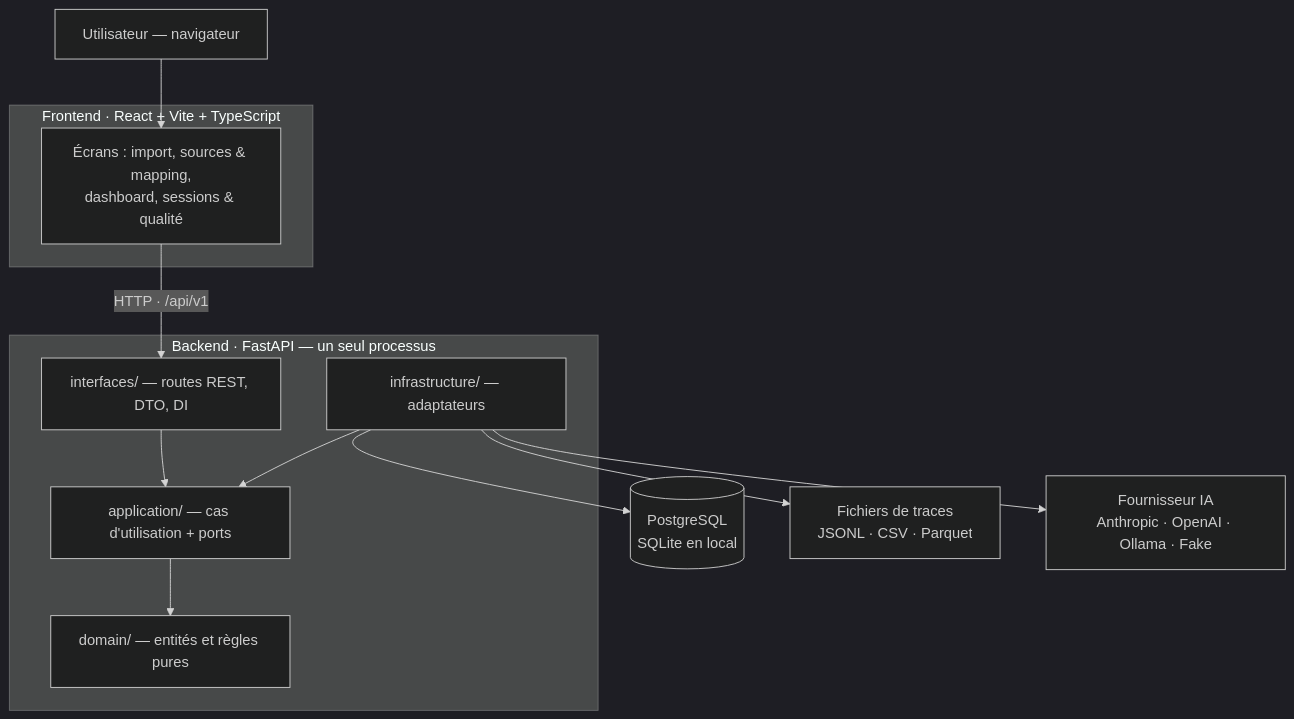
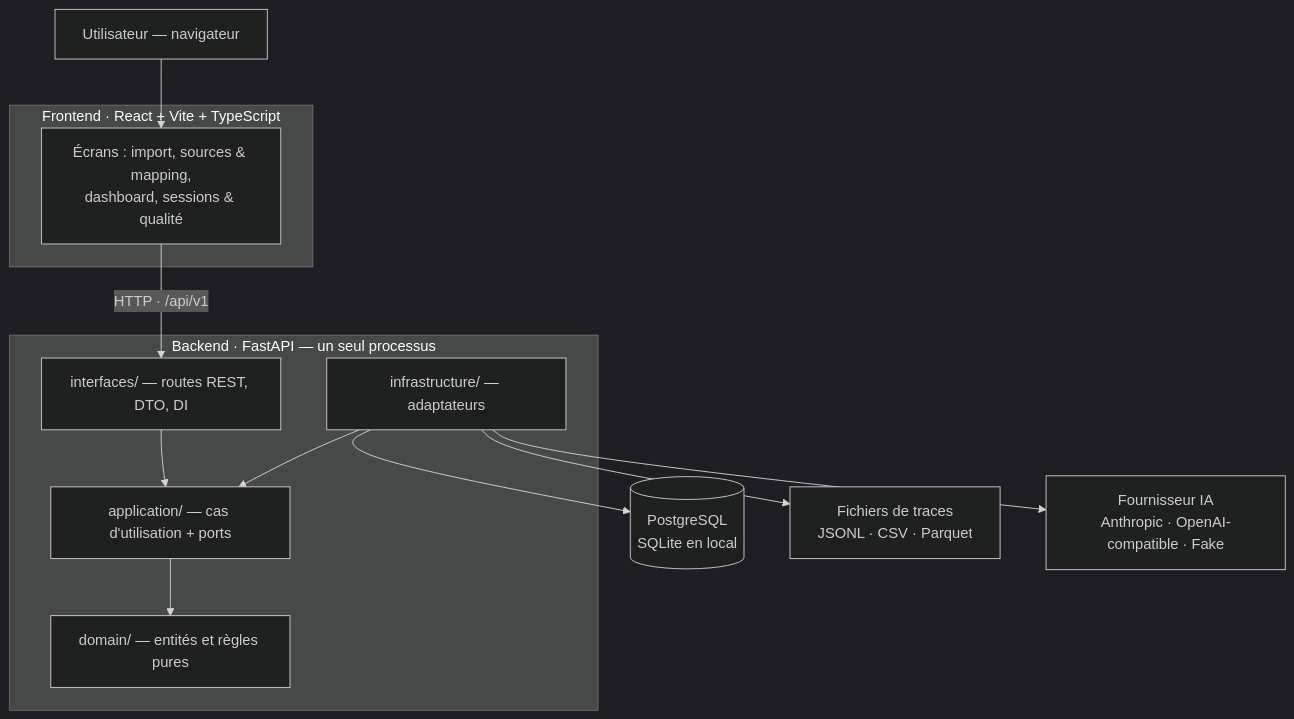
One commit to KJovene/AgentScope changed the first of 3 diagrams in docs/architecture/components.md. Above: the diagram before and after it, drawn with Mermaid (dark theme). The commit also changed other lines of this file and 20 other files, not shown here.

````diff
--- a/docs/architecture/components.md
+++ b/docs/architecture/components.md
@@ -16,28 +16,28 @@
 ```mermaid
 flowchart TB
     user["Utilisateur — navigateur"]
 
     subgraph front["Frontend · React + Vite + TypeScript"]
         ui["Écrans : import, sources & mapping,<br/>dashboard, sessions & qualité"]
     end
 
     subgraph back["Backend · FastAPI — un seul processus"]
         api["interfaces/ — routes REST, DTO, DI"]
         app["application/ — cas d'utilisation + ports"]
         dom["domain/ — entités et règles pures"]
         infra["infrastructure/ — adaptateurs"]
     end
 
     db[("PostgreSQL<br/>SQLite en local")]
     files["Fichiers de traces<br/>JSONL · CSV · Parquet"]
-    llm["Fournisseur IA<br/>Anthropic · OpenAI · Ollama · Fake"]
+    llm["Fournisseur IA<br/>Anthropic · OpenAI-compatible · Fake"]
 
     user --> ui
     ui -->|"HTTP · /api/v1"| api
     api --> app
     app --> dom
     infra --> app
     infra --> db
     infra --> files
     infra --> llm
 ```
````
